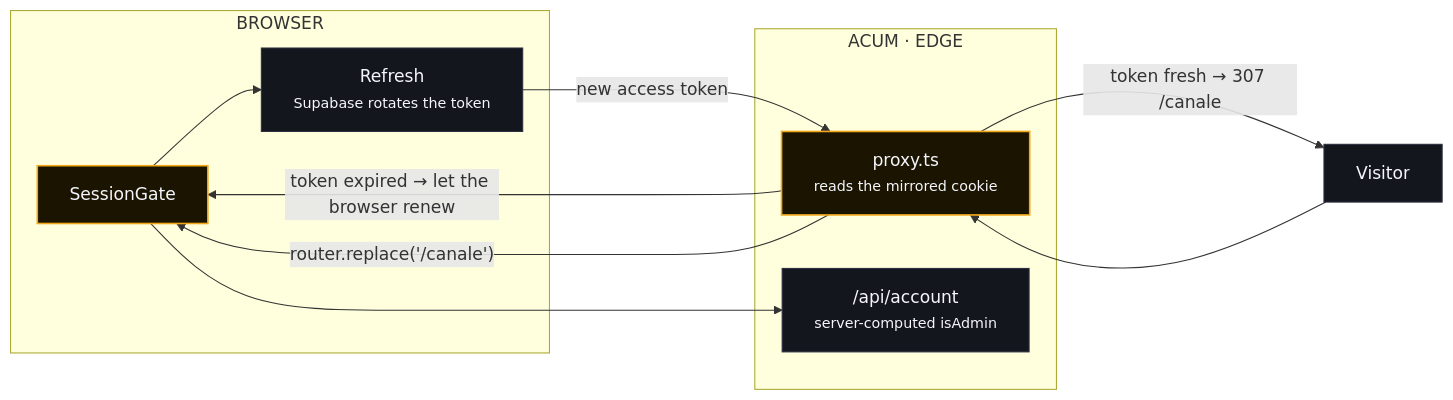
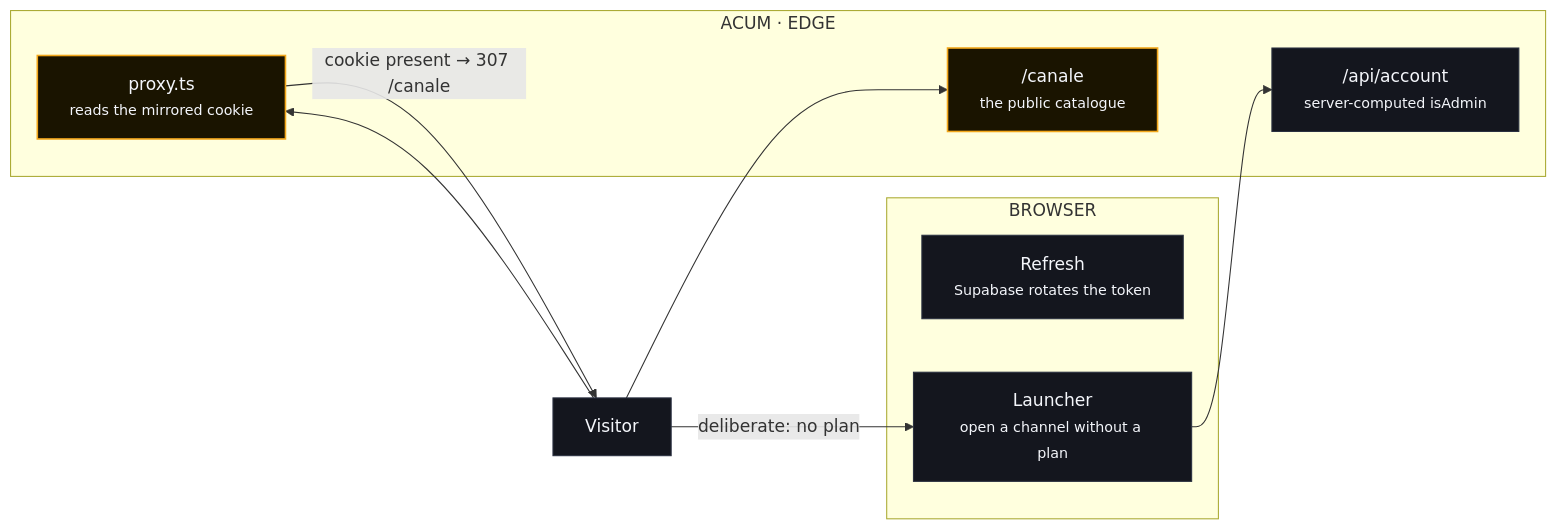
The second of 3 diagrams in docs/diagrams/stream-path.md (collaby-org/acum), drawn with Mermaid before and after one commit. The commit also changed other lines of this file and 43 other files, not shown here.

````diff
--- a/docs/diagrams/stream-path.md
+++ b/docs/diagrams/stream-path.md
@@ -73,26 +79,25 @@
 ```mermaid
 flowchart LR
     subgraph B["BROWSER"]
-        G["SessionGate"]
         R["Refresh<br/><small>Supabase rotates the token</small>"]
+        L["Launcher<br/><small>open a channel without a plan</small>"]
     end
 
     subgraph S["ACUM · EDGE"]
         PX["proxy.ts<br/><small>reads the mirrored cookie</small>"]
+        CAT["/canale<br/><small>the public catalogue</small>"]
         AC["/api/account<br/><small>server-computed isAdmin</small>"]
     end
 
     V["Visitor"] --> PX
-    PX -- "token fresh → 307 /canale" --> V
-    PX -- "token expired → let the browser renew" --> G
-    G --> R
-    R -- "new access token" --> PX
-    PX -- "router.replace('/canale')" --> G
-    G --> AC
+    PX -- "cookie present → 307 /canale" --> V
+    V --> CAT
+    V -- "deliberate: no plan" --> L
+    L --> AC
 
     classDef node fill:#14161e,stroke:#2a3040,color:#f4f6fb,stroke-width:1px;
     classDef focus fill:#1a1400,stroke:#f2a71b,color:#f4f6fb,stroke-width:1.5px;
-    class V,R node;
-    class PX,G focus;
+    class V,R,L node;
+    class PX,CAT focus;
     class AC node;
 ```
````
